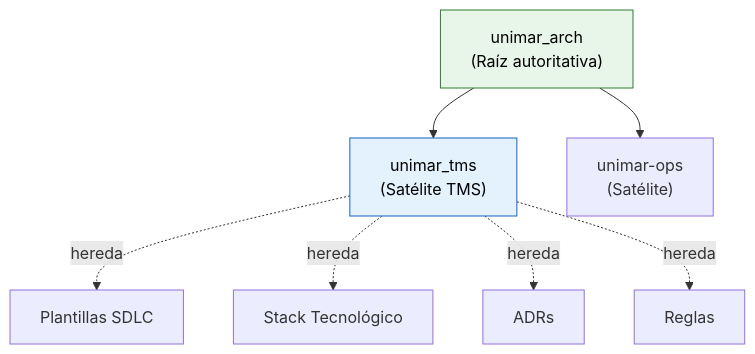
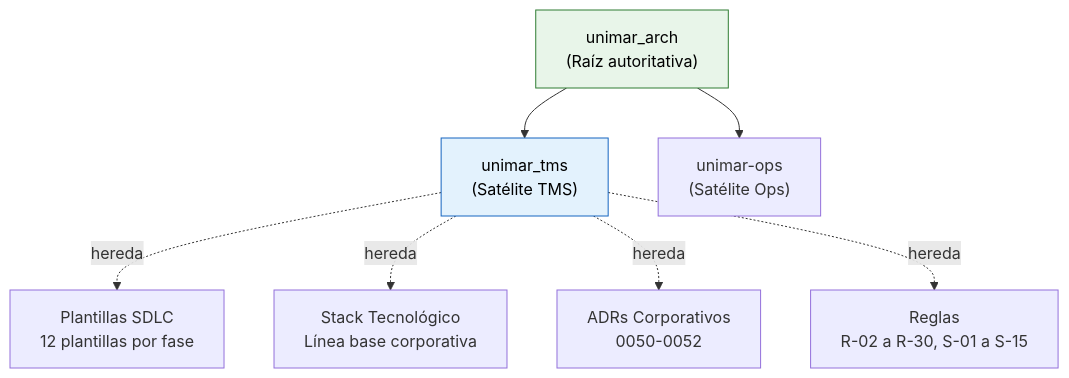
The diagram in README.md (beyondnetPeru/unimar_tms), drawn with Mermaid before and after one commit. The commit also changed other lines of this file and 3 other files, not shown here.

````diff
--- a/README.md
+++ b/README.md
@@ -12,11 +82,11 @@
 ```mermaid
 flowchart TD
     UA["unimar_arch\n(Raíz autoritativa)"] --> UT["unimar_tms\n(Satélite TMS)"]
-    UA --> UO["unimar-ops\n(Satélite)"]
-    UT -.->|hereda| TP["Plantillas SDLC"]
-    UT -.->|hereda| ST["Stack Tecnológico"]
-    UT -.->|hereda| AD["ADRs"]
-    UT -.->|hereda| RE["Reglas"]
+    UA --> UO["unimar-ops\n(Satélite Ops)"]
+    UT -.->|hereda| TP["Plantillas SDLC\n12 plantillas por fase"]
+    UT -.->|hereda| ST["Stack Tecnológico\nLínea base corporativa"]
+    UT -.->|hereda| AD["ADRs Corporativos\n0050-0052"]
+    UT -.->|hereda| RE["Reglas\nR-02 a R-30, S-01 a S-15"]
     style UA fill:#e8f5e9,stroke:#2e7d32,color:#000
     style UT fill:#e3f2fd,stroke:#1565c0,color:#000
 ```
````
